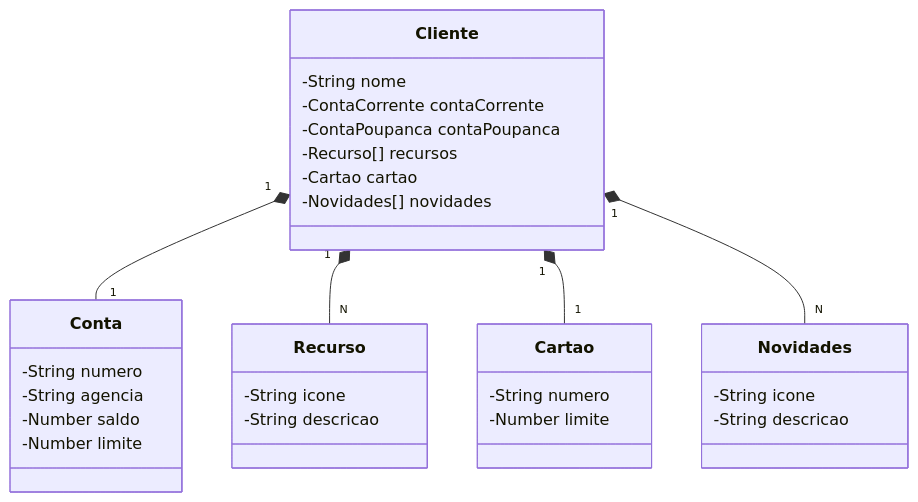
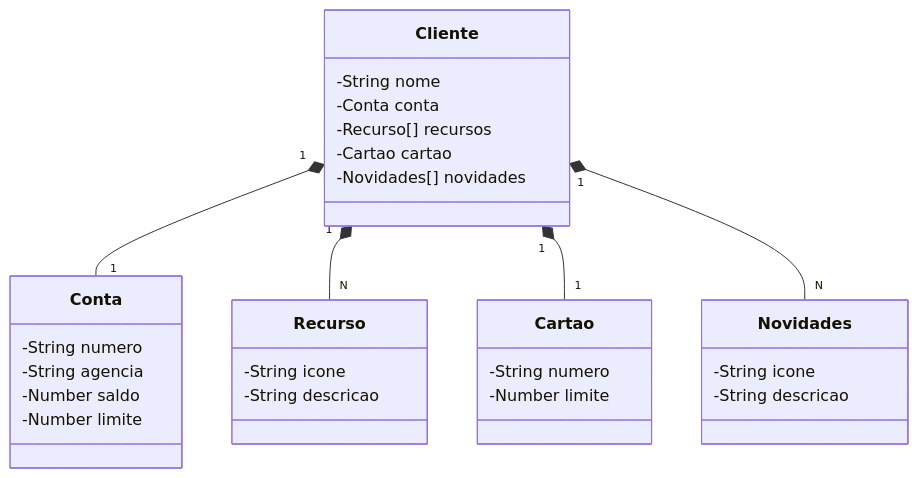
Before and after one commit to vieira-fabricio/api.bank.dio: the diagram in README.md, drawn with Mermaid.

Commit message:
Update README.md
alteração

````diff
--- a/README.md
+++ b/README.md
@@ -5,38 +5,37 @@
 ```mermaid
 classDiagram
   class Cliente {
     -String nome
-    -ContaCorrente contaCorrente
-    -ContaPoupanca contaPoupanca
+    -Conta conta
     -Recurso[] recursos
     -Cartao cartao
     -Novidades[] novidades
   }
 
   class Conta {
     -String numero
     -String agencia
     -Number saldo
     -Number limite
   }
 
   class Recurso {
     -String icone
     -String descricao
   }
 
   class Cartao {
     -String numero
     -Number limite
   }
 
   class Novidades {
     -String icone
     -String descricao
   }
 
   Cliente "1" *-- "1" Conta
   Cliente "1" *-- "N" Recurso
   Cliente "1" *-- "1" Cartao
   Cliente "1" *-- "N" Novidades
 ```
````
